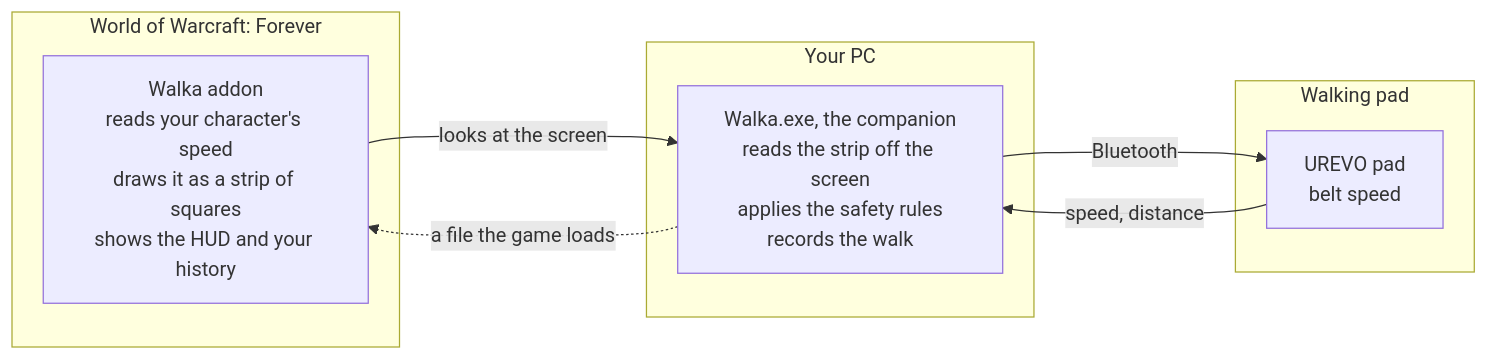
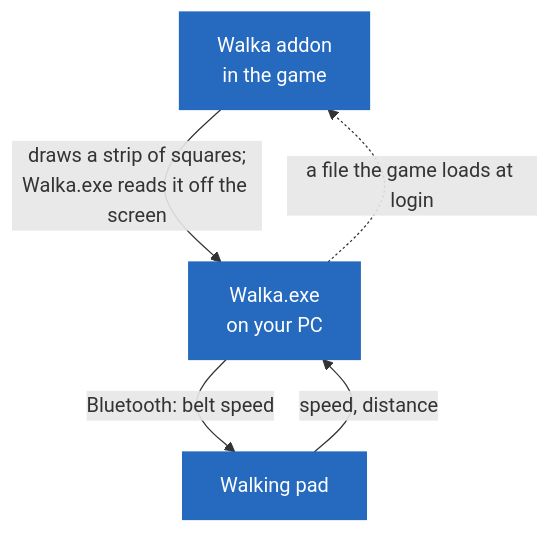
One commit to AntonyPerez0/walka-addon changed the diagram in README.md. Above: the diagram before and after it, drawn with Mermaid. The commit also changed other lines of this file and 4 other files, not shown here.

````diff
--- a/README.md
+++ b/README.md
@@ -196,16 +161,9 @@
 ```mermaid
-flowchart LR
-  subgraph game["World of Warcraft: Forever"]
-    addon["Walka addon<br/>reads your character's speed<br/>draws it as a strip of squares<br/>shows the HUD and your history"]
-  end
-  subgraph pc["Your PC"]
-    exe["Walka.exe, the companion<br/>reads the strip off the screen<br/>applies the safety rules<br/>records the walk"]
-  end
-  subgraph pad["Walking pad"]
-    belt["UREVO pad<br/>belt speed"]
-  end
-  addon -- "looks at the screen" --> exe
-  exe -- "Bluetooth" --> belt
-  belt -- "speed, distance" --> exe
-  exe -. "a file the game loads" .-> addon
+flowchart TB
+  addon["Walka addon<br/>in the game"] -- "draws a strip of squares;<br/>Walka.exe reads it off the screen" --> exe["Walka.exe<br/>on your PC"]
+  exe -- "Bluetooth: belt speed" --> pad["Walking pad"]
+  pad -- "speed, distance" --> exe
+  exe -. "a file the game loads at login" .-> addon
+  classDef box fill:#256abf,stroke:#256abf,color:#ffffff
+  class addon,exe,pad box
 ```
````
